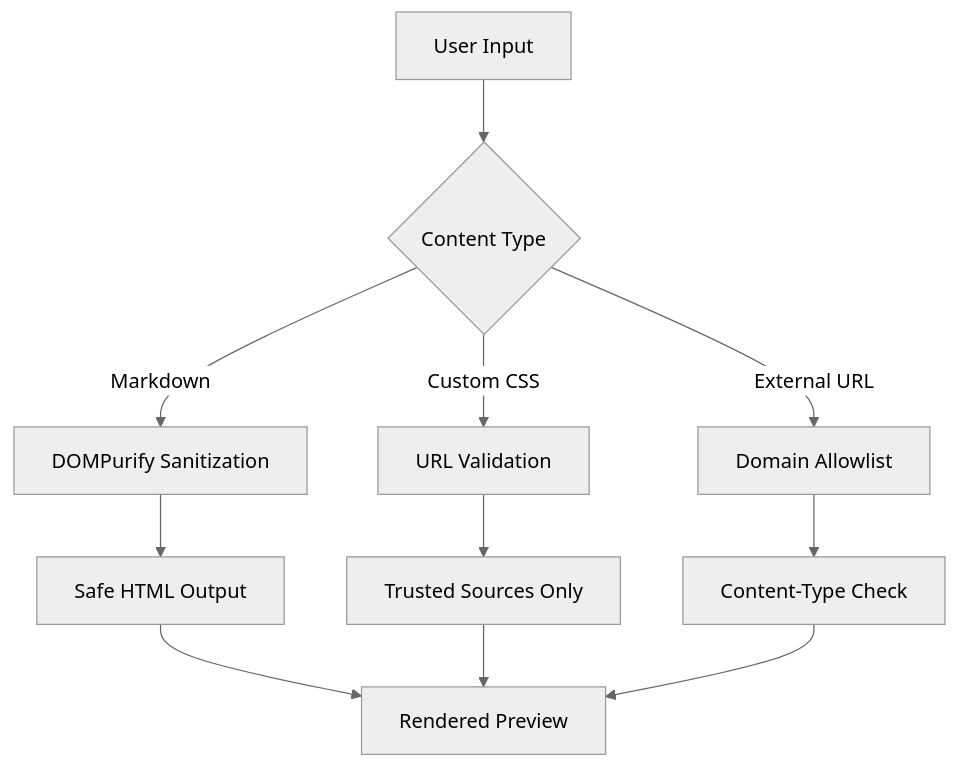
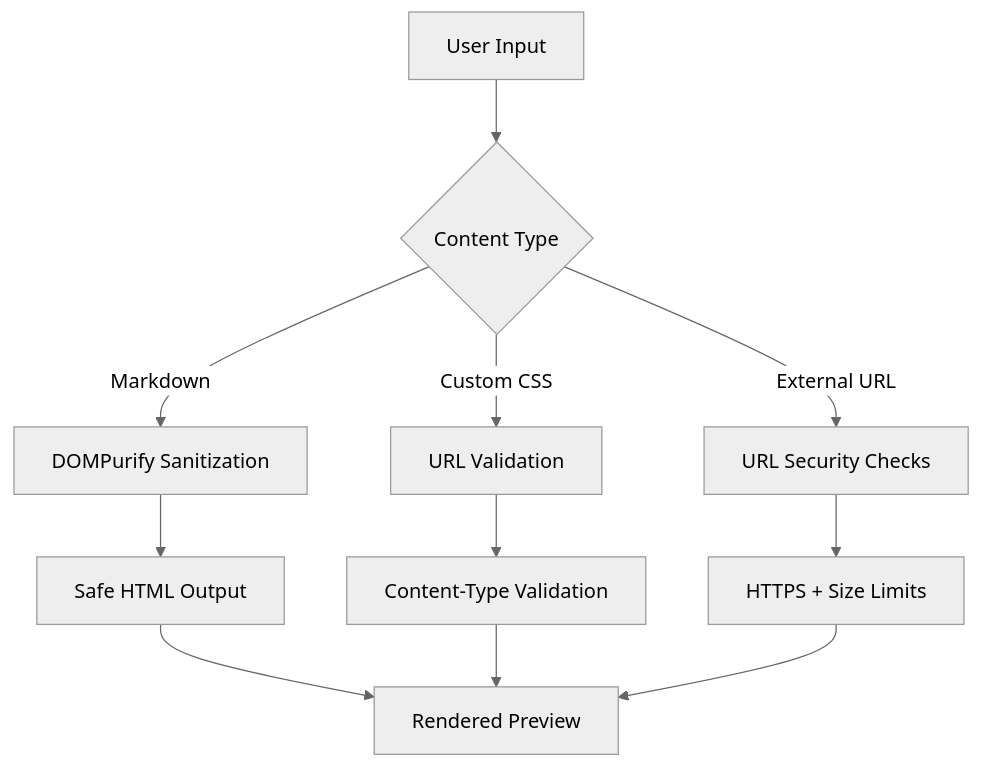
Before and after one commit to mickdarling/merdown: the first of 2 diagrams in docs/security.md, drawn with Mermaid (neutral theme). The commit also changed other lines of this file and 10 other files, not shown here.

````diff
--- a/docs/security.md
+++ b/docs/security.md
@@ -9,15 +9,15 @@
 ```mermaid
 graph TD
     A[User Input] --> B{Content Type}
     B -->|Markdown| C[DOMPurify Sanitization]
     B -->|Custom CSS| D[URL Validation]
-    B -->|External URL| E[Domain Allowlist]
+    B -->|External URL| E[URL Security Checks]
 
     C --> F[Safe HTML Output]
-    D --> G[Trusted Sources Only]
-    E --> H[Content-Type Check]
+    D --> G[Content-Type Validation]
+    E --> H[HTTPS + Size Limits]
 
     F --> I[Rendered Preview]
     G --> I
     H --> I
 ```
````
